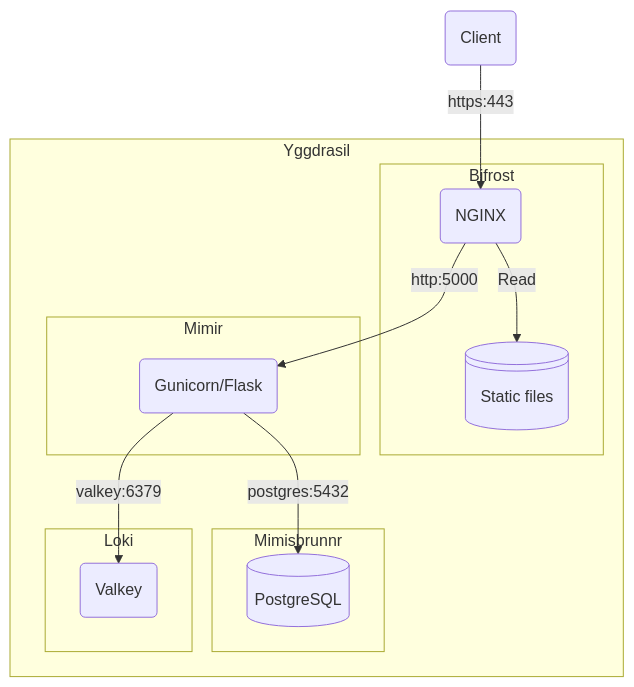
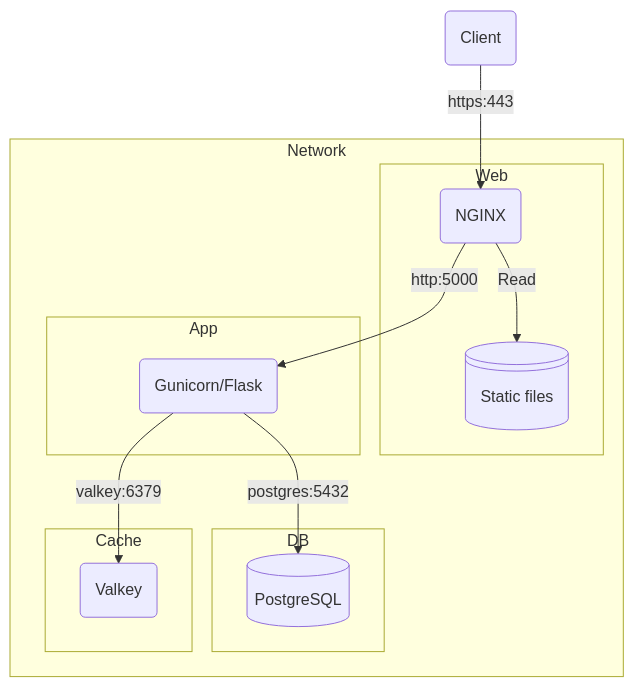
The second of 3 diagrams in README.md (matthew-shaw/conflux), drawn with Mermaid before and after one commit. The commit also changed other lines of this file and 16 other files, not shown here.

````diff
--- a/README.md
+++ b/README.md
@@ -111,30 +109,30 @@
 ```mermaid
 flowchart TB
     valkey(Valkey)
     client(Client)
     nginx(NGINX)
     flask(Gunicorn/Flask)
     static@{ shape: lin-cyl, label: "Static files" }
     db@{ shape: cyl, label: "PostgreSQL" }
 
     client -- https:443 --> nginx -- http:5000 --> flask -- postgres:5432 --> db
     flask -- valkey:6379 --> valkey
 
-    subgraph Yggdrasil
-        subgraph Bifrost
+    subgraph Network
+        subgraph Web
             nginx -- Read --> static
         end
 
-        subgraph Mimir
+        subgraph App
             flask
         end
 
-        subgraph Mimisbrunnr
+        subgraph DB
             db
         end
 
-        subgraph Loki
+        subgraph Cache
             valkey
         end
     end
 ```
````
